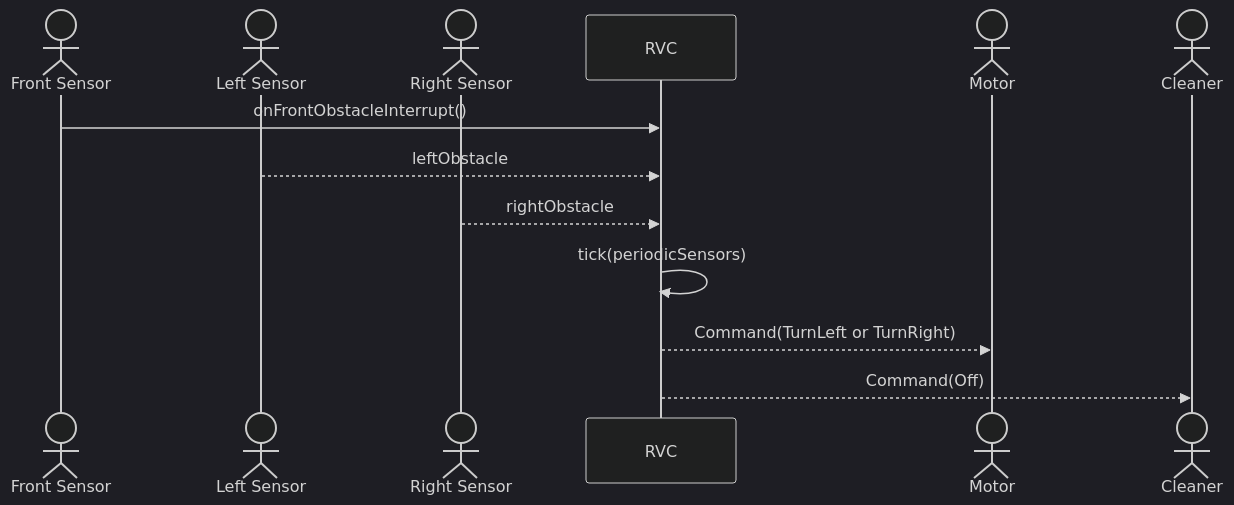
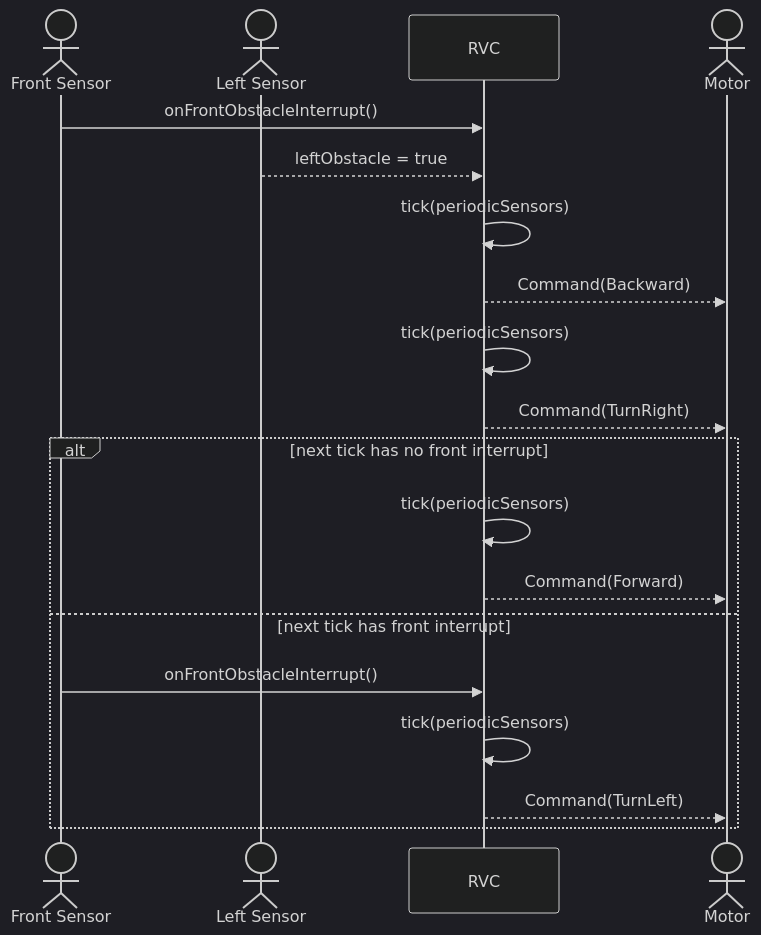
One commit to reload02/ooad-vibe changed the third of 4 diagrams in docs/ooa_ssd.md. Above: the diagram before and after it, drawn with Mermaid (dark theme). The commit also changed other lines of this file and 22 other files, not shown here.

````diff
--- a/docs/ooa_ssd.md
+++ b/docs/ooa_ssd.md
@@ -35,16 +41,22 @@
 ```mermaid
 sequenceDiagram
     actor FrontSensor as Front Sensor
     actor LeftSensor as Left Sensor
-    actor RightSensor as Right Sensor
     participant RVC as RVC
     actor Motor
-    actor Cleaner
 
     FrontSensor->>RVC: onFrontObstacleInterrupt()
-    LeftSensor-->>RVC: leftObstacle
-    RightSensor-->>RVC: rightObstacle
+    LeftSensor-->>RVC: leftObstacle = true
     RVC->>RVC: tick(periodicSensors)
-    RVC-->>Motor: Command(TurnLeft or TurnRight)
-    RVC-->>Cleaner: Command(Off)
+    RVC-->>Motor: Command(Backward)
+    RVC->>RVC: tick(periodicSensors)
+    RVC-->>Motor: Command(TurnRight)
+    alt next tick has no front interrupt
+        RVC->>RVC: tick(periodicSensors)
+        RVC-->>Motor: Command(Forward)
+    else next tick has front interrupt
+        FrontSensor->>RVC: onFrontObstacleInterrupt()
+        RVC->>RVC: tick(periodicSensors)
+        RVC-->>Motor: Command(TurnLeft)
+    end
 ```
````
